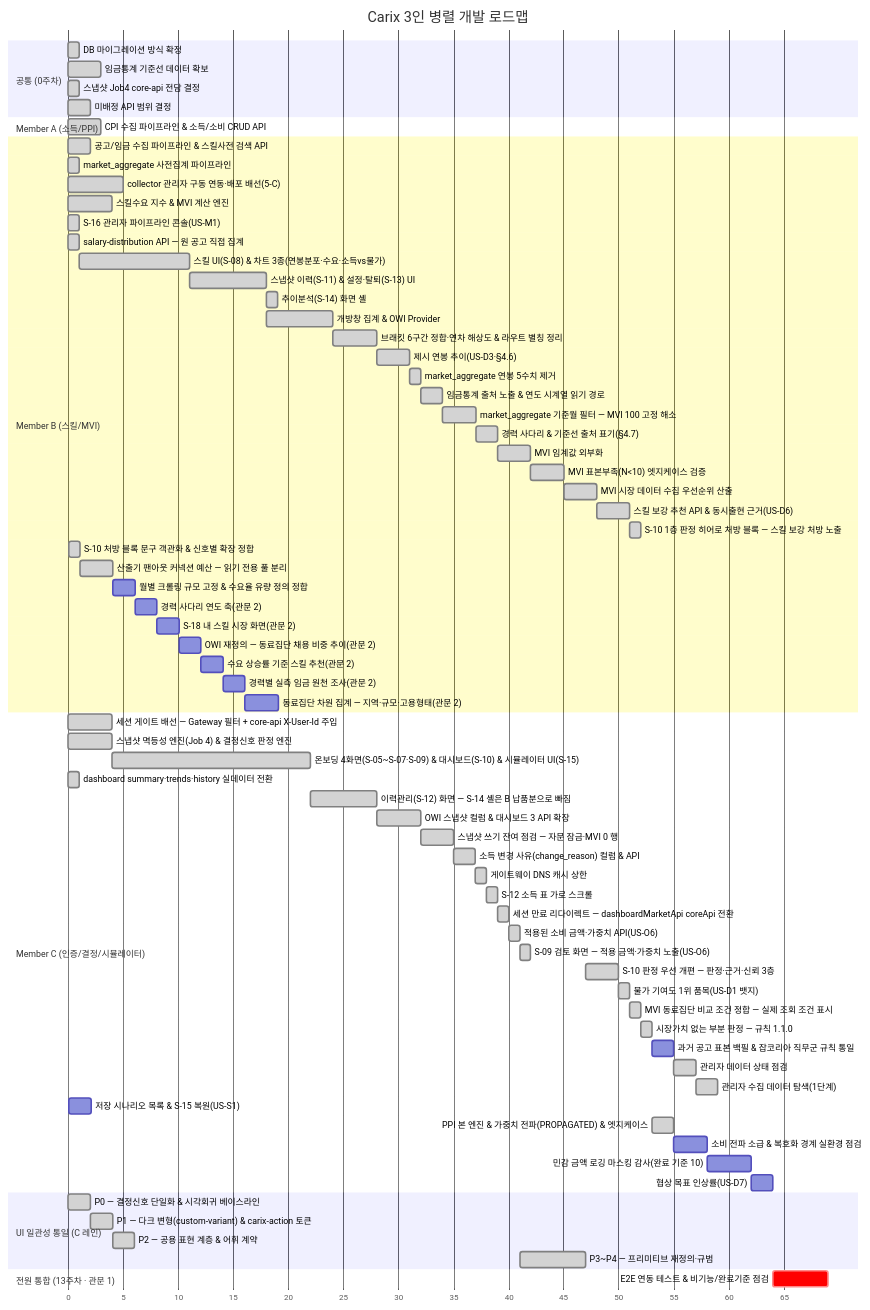
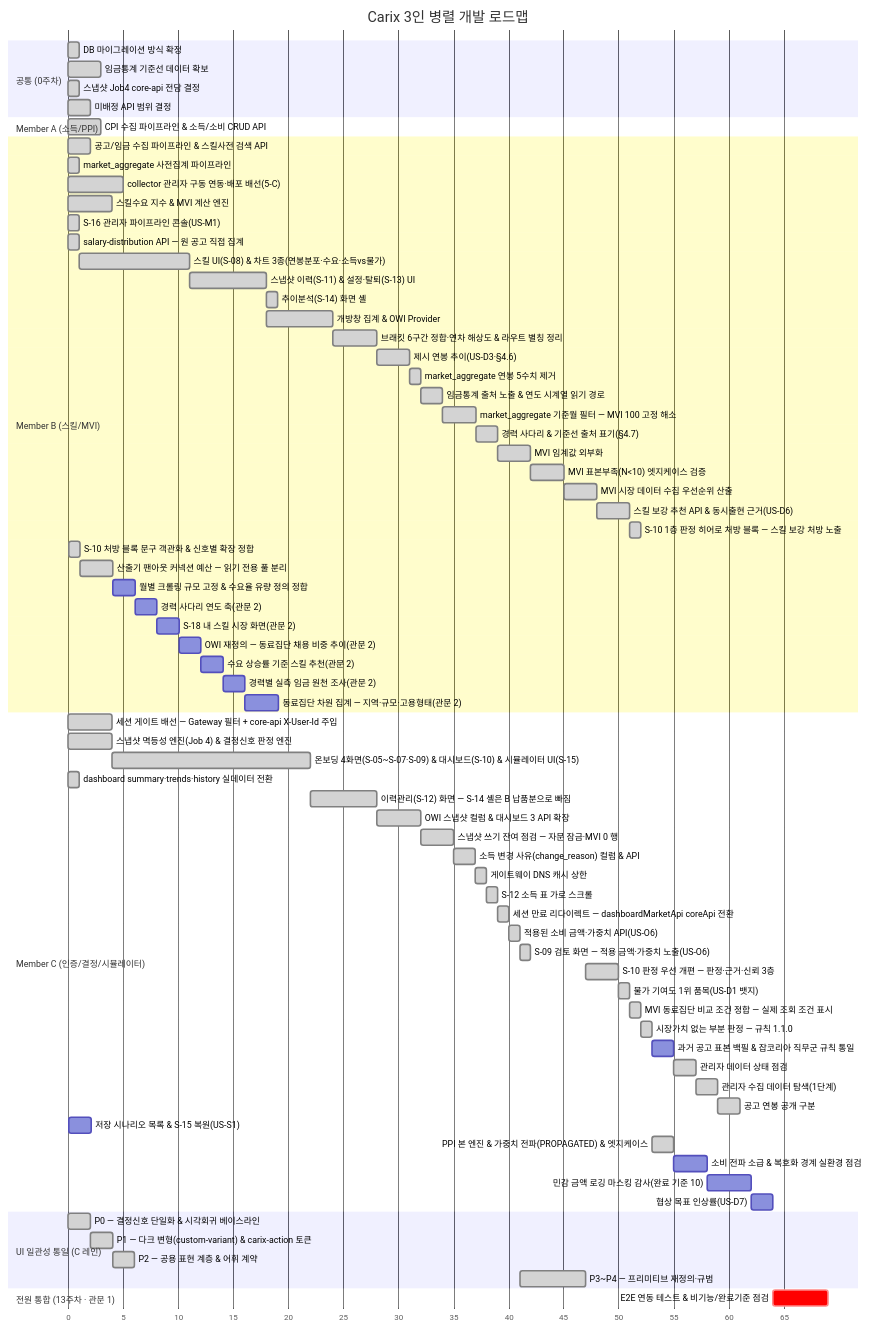
Before and after one commit to SeoHyeokGyu/Carix: the first of 2 diagrams in docs/plans/carix-dev-plan.md, drawn with Mermaid. The commit also changed other lines of this file and 4 other files, not shown here.

````diff
--- a/docs/plans/carix-dev-plan.md
+++ b/docs/plans/carix-dev-plan.md
@@ -94,77 +94,78 @@
 ```mermaid
 gantt
     title Carix 3인 병렬 개발 로드맵
     dateFormat X
     axisFormat %s
     section 공통 (0주차)
     DB 마이그레이션 방식 확정 :done, c0a, 0, 1s
     임금통계 기준선 데이터 확보 :done, a0, 3, 3s
     스냅샷 Job4 core-api 전담 결정 :done, i0, 7, 1s
     미배정 API 범위 결정 :done, c0, 7, 2s
     section Member A (소득/PPI)
     CPI 수집 파이프라인 & 소득/소비 CRUD API :done, a1, 12, 3s
     section Member B (스킬/MVI)
     공고/임금 수집 파이프라인 & 스킬사전 검색 API :done, b1, 2, 2s
     market_aggregate 사전집계 파이프라인 :done, b2a, 3, 1s
     collector 관리자 구동 연동·배포 배선(5-C) :done, b0, 7, 5s
     스킬수요 지수 & MVI 계산 엔진 :done, b2, 8, 4s
     S-16 관리자 파이프라인 콘솔(US-M1) :done, b16, 14, 1s
     salary-distribution API — 원 공고 직접 집계 :done, b3a, 15, 1s
     스킬 UI(S-08) & 차트 3종(연봉분포·수요·소득vs물가) :done, b3, after b3a, 10s
     스냅샷 이력(S-11) & 설정·탈퇴(S-13) UI :done, b4, after b3, 7s
     추이분석(S-14) 화면 셸 :done, b4a, after b4, 1s
     개방창 집계 & OWI Provider :done, b6, after b4, 6s
     브래킷 6구간 정합·연차 해상도 & 라우트 별칭 정리 :done, b7, after b6, 4s
     제시 연봉 추이(US-D3·§4.6) :done, b10, after b7, 3s
     market_aggregate 연봉 5수치 제거 :done, b11, after b10, 1s
     임금통계 출처 노출 & 연도 시계열 읽기 경로 :done, b13, after b11, 2s
     market_aggregate 기준월 필터 — MVI 100 고정 해소 :done, b18, after b13, 3s
     경력 사다리 & 기준선 출처 표기(§4.7) :done, b12, after b18, 2s
     MVI 임계값 외부화 :done, b8, after b12, 3s
     MVI 표본부족(N<10) 엣지케이스 검증 :done, b8a, after b8, 3s
     MVI 시장 데이터 수집 우선순위 산출 :done, b8b, after b8a, 3s
     스킬 보강 추천 API & 동시출현 근거(US-D6) :done, b9, after b8b, 3s
     S-10 1층 판정 히어로 처방 블록 — 스킬 보강 처방 노출 :done, b15, after b9, 1s
     S-10 처방 블록 문구 객관화 & 신호별 확장 정합 :done, b20, 83, 1s
     산출기 팬아웃 커넥션 예산 — 읽기 전용 풀 분리 :done, b17, after b20, 3s
     월별 크롤링 규모 고정 & 수요율 유량 정의 정합 :b21, after b17, 2s
     경력 사다리 연도 축(관문 2) :b14, after b21, 2s
     S-18 내 스킬 시장 화면(관문 2) :b19, after b14, 2s
     OWI 재정의 — 동료집단 채용 비중 추이(관문 2) :b22, after b19, 2s
     수요 상승률 기준 스킬 추천(관문 2) :b23, after b22, 2s
     경력별 실측 임금 원천 조사(관문 2) :b24, after b23, 2s
     동료집단 차원 집계 — 지역·규모·고용형태(관문 2) :b25, after b24, 3s
     section Member C (인증/결정/시뮬레이터)
     세션 게이트 배선 — Gateway 필터 + core-api X-User-Id 주입 :done, c0b, 7, 4s
     스냅샷 멱등성 엔진(Job 4) & 결정신호 판정 엔진 :done, c2, 8, 4s
     온보딩 4화면(S-05~S-07·S-09) & 대시보드(S-10) & 시뮬레이터 UI(S-15) :done, c3, after c2, 18s
     dashboard summary·trends·history 실데이터 전환 :done, c4a, 15, 1s
     이력관리(S-12) 화면 — S-14 셸은 B 납품분으로 빠짐 :done, c4, after c3, 6s
     OWI 스냅샷 컬럼 & 대시보드 3 API 확장 :done, c6, after c4, 4s
     스냅샷 쓰기 잔여 점검 — 자문 잠금·MVI 0 행 :done, c5, after c6, 3s
     소득 변경 사유(change_reason) 컬럼 & API :done, c10, after c5, 2s
     게이트웨이 DNS 캐시 상한 :done, c7, after c10, 1s
     S-12 소득 표 가로 스크롤 :done, c13, after c7, 1s
     세션 만료 리다이렉트 — dashboardMarketApi coreApi 전환 :done, c16, after c13, 1s
     적용된 소비 금액·가중치 API(US-O6) :done, c11, after c16, 1s
     S-09 검토 화면 — 적용 금액·가중치 노출(US-O6) :done, c17, after c11, 1s
     S-10 판정 우선 개편 — 판정·근거·신뢰 3층 :done, c15, after ui3, 3s
     물가 기여도 1위 품목(US-D1 뱃지) :done, c12, after c15, 1s
     MVI 동료집단 비교 조건 정합 — 실제 조회 조건 표시 :done, c22, after c12, 1s
     시장가치 없는 부분 판정 — 규칙 1.1.0 :done, c23, after c22, 1s
     과거 공고 표본 백필 & 잡코리아 직무군 규칙 통일 :c24, after c23, 2s
     관리자 데이터 상태 점검 :done, c25, after c24, 2s
     관리자 수집 데이터 탐색(1단계) :done, c26, after c25, 2s
+    공고 연봉 공개 구분 :done, c27, after c26, 2s
     저장 시나리오 목록 & S-15 복원(US-S1) :c9, 83, 2s
     PPI 본 엔진 & 가중치 전파(PROPAGATED) & 엣지케이스 :done, a2, after c23, 2s
     소비 전파 소급 & 복호화 경계 실환경 점검 :a12, after a2 c9, 3s
     민감 금액 로깅 마스킹 감사(완료 기준 10) :a7, after a12, 4s
     협상 목표 인상률(US-D7) :c8, after a7, 2s
     section UI 일관성 통일 (C 레인)
     P0 — 결정신호 단일화 & 시각회귀 베이스라인 :done, ui0, 33, 2s
     P1 — 다크 변형(custom-variant) & carix-action 토큰 :done, ui1, after ui0, 2s
     P2 — 공용 표현 계층 & 어휘 계약 :done, ui2, after ui1, 2s
     P3~P4 — 프리미티브 재정의·규범 :done, ui3, after c11, 6s
     section 전원 통합 (13주차 · 관문 1)
     E2E 연동 테스트 & 비기능/완료기준 점검 :crit, e2e, after b21 c8, 5s
 ```
````
